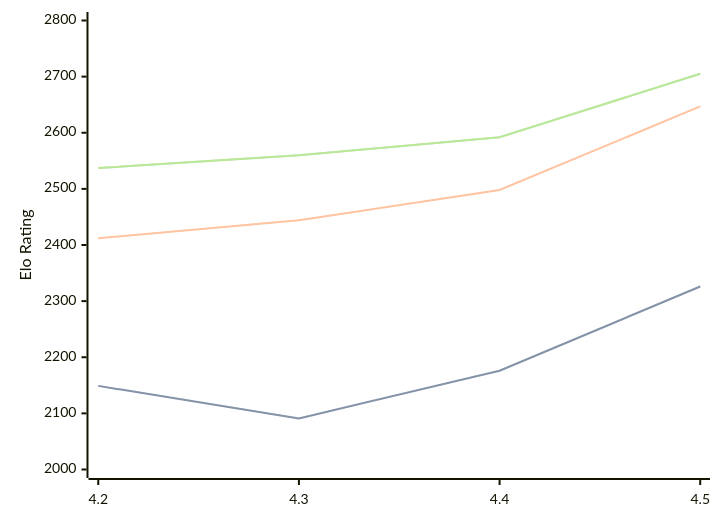
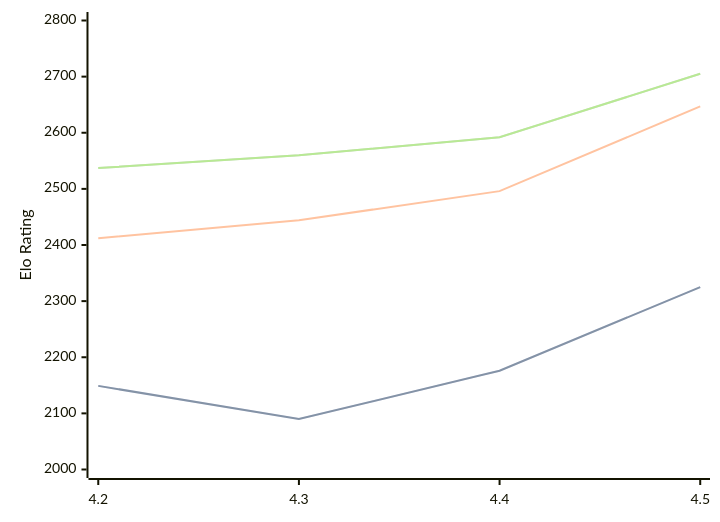
One commit to computer-chess-index/cci changed the first of 3 diagrams in engines/Eubos.md. Above: the diagram before and after it, drawn with Mermaid. The commit also changed other lines of this file, not shown here.

````diff
--- a/engines/Eubos.md
+++ b/engines/Eubos.md
@@ -90,11 +90,11 @@
 ```mermaid
 %%{init: {"theme":"base","themeVariables":{"seriesColors:['#a3a3a3','#222221','#faa371']}}}%%
 xychart-beta
   x-axis ["4.2", "4.3", "4.4", "4.5"]
   y-axis "Elo Rating" 2000 --> 2800
-  line "STC (8.0+0.08s)" [2149, 2091, 2176, 2326]
-  line "STC (8.0+0.08s)" [2149, 2091, 2176, 2326]
-  line "LTC (60.0+0.60s)" [2412, 2444, 2498, 2647]
+  line "STC (8.0+0.08s)" [2149, 2090, 2176, 2325]
+  line "STC (8.0+0.08s)" [2149, 2090, 2176, 2325]
+  line "LTC (60.0+0.60s)" [2412, 2444, 2496, 2647]
   line "VLTC (2m24s+1.12s)" [2537, 2560, 2592, 2705]
   line "VLTC (2m24s+1.12s)" [2537, 2560, 2592, 2705]
 ```
````
